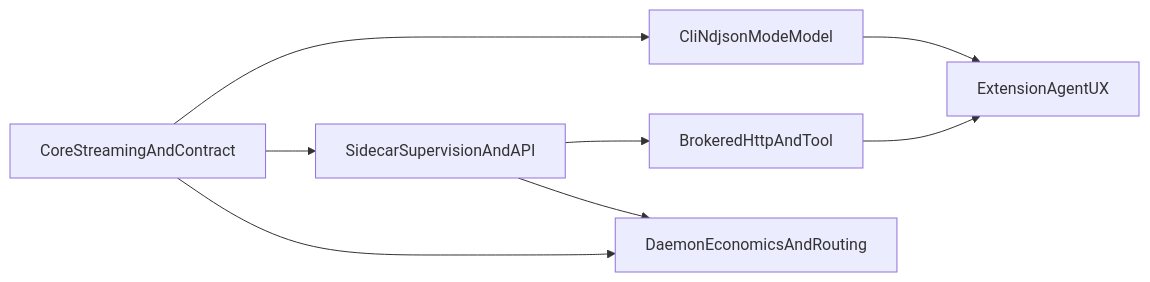
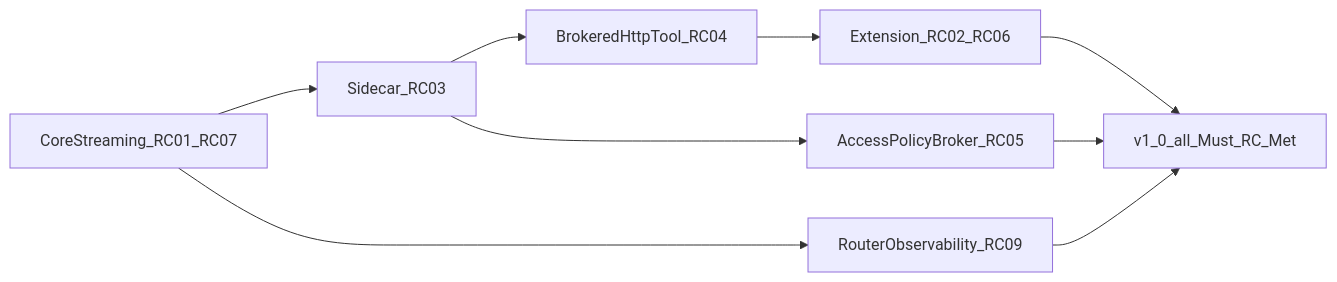
The diagram in docs/ROADMAP.md (thsfranca/rex), drawn with Mermaid before and after one commit. The commit also changed other lines of this file and 10 other files, not shown here.

First line of the commit message:
docs: define v1.0 release criteria and reframe roadmap

````diff
--- a/docs/ROADMAP.md
+++ b/docs/ROADMAP.md
@@ -13,16 +36,18 @@
 ```mermaid
 flowchart LR
-  core[CoreStreamingAndContract]
-  side[SidecarSupervisionAndAPI]
-  broker[BrokeredHttpAndTool]
-  ext[ExtensionAgentUX]
-  cli[CliNdjsonModeModel]
-  econ[DaemonEconomicsAndRouting]
-  core --> cli
+  core[CoreStreaming_RC01_RC07]
+  side[Sidecar_RC03]
+  broker[BrokeredHttpTool_RC04]
+  ext[Extension_RC02_RC06]
+  policyBroker[AccessPolicyBroker_RC05]
+  router[RouterObservability_RC09]
+  v1[v1_0_all_Must_RC_Met]
   core --> side
   side --> broker
   broker --> ext
-  cli --> ext
-  core --> econ
-  side --> econ
+  side --> policyBroker
+  core --> router
+  ext --> v1
+  policyBroker --> v1
+  router --> v1
 ```
````
